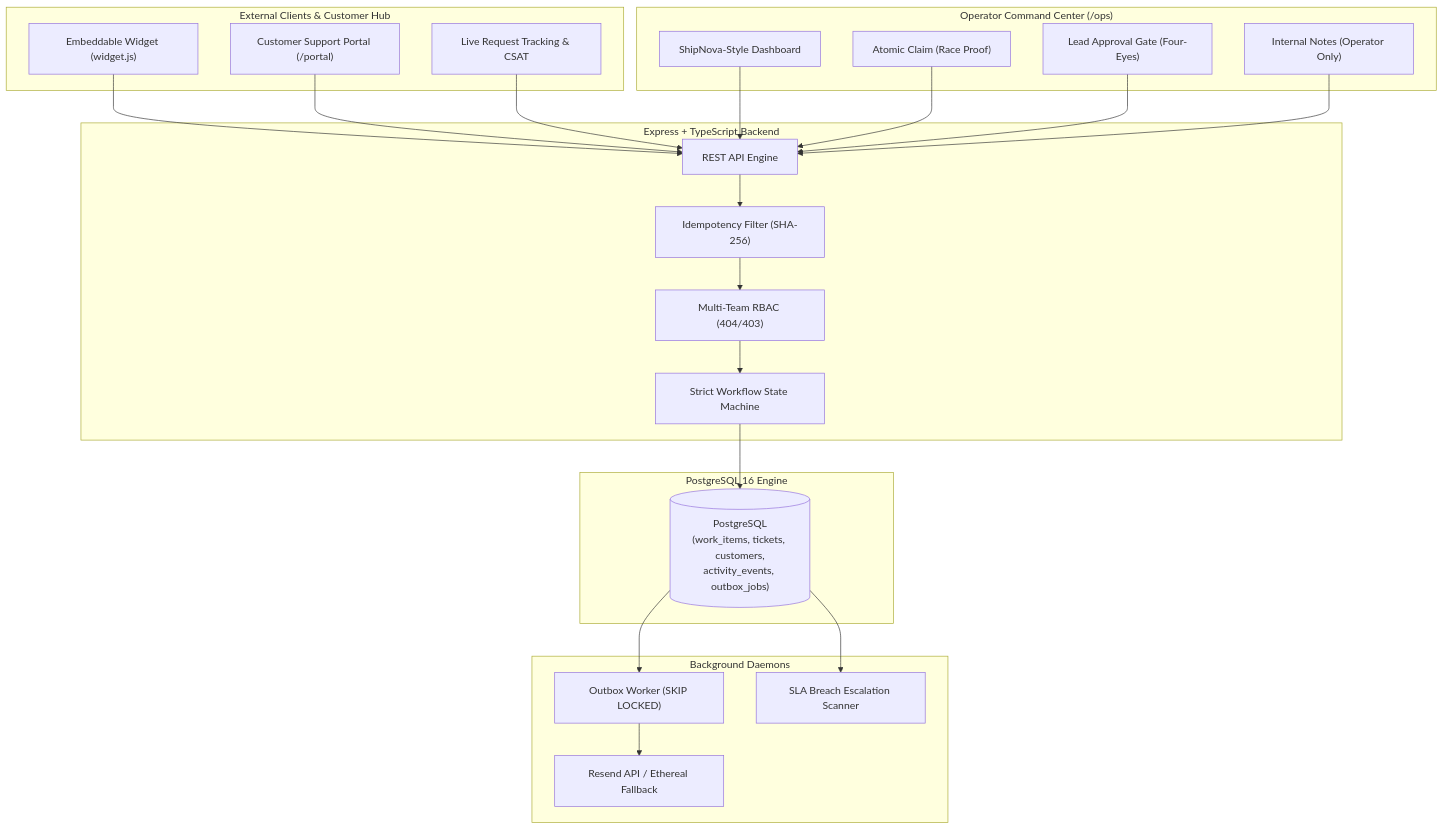
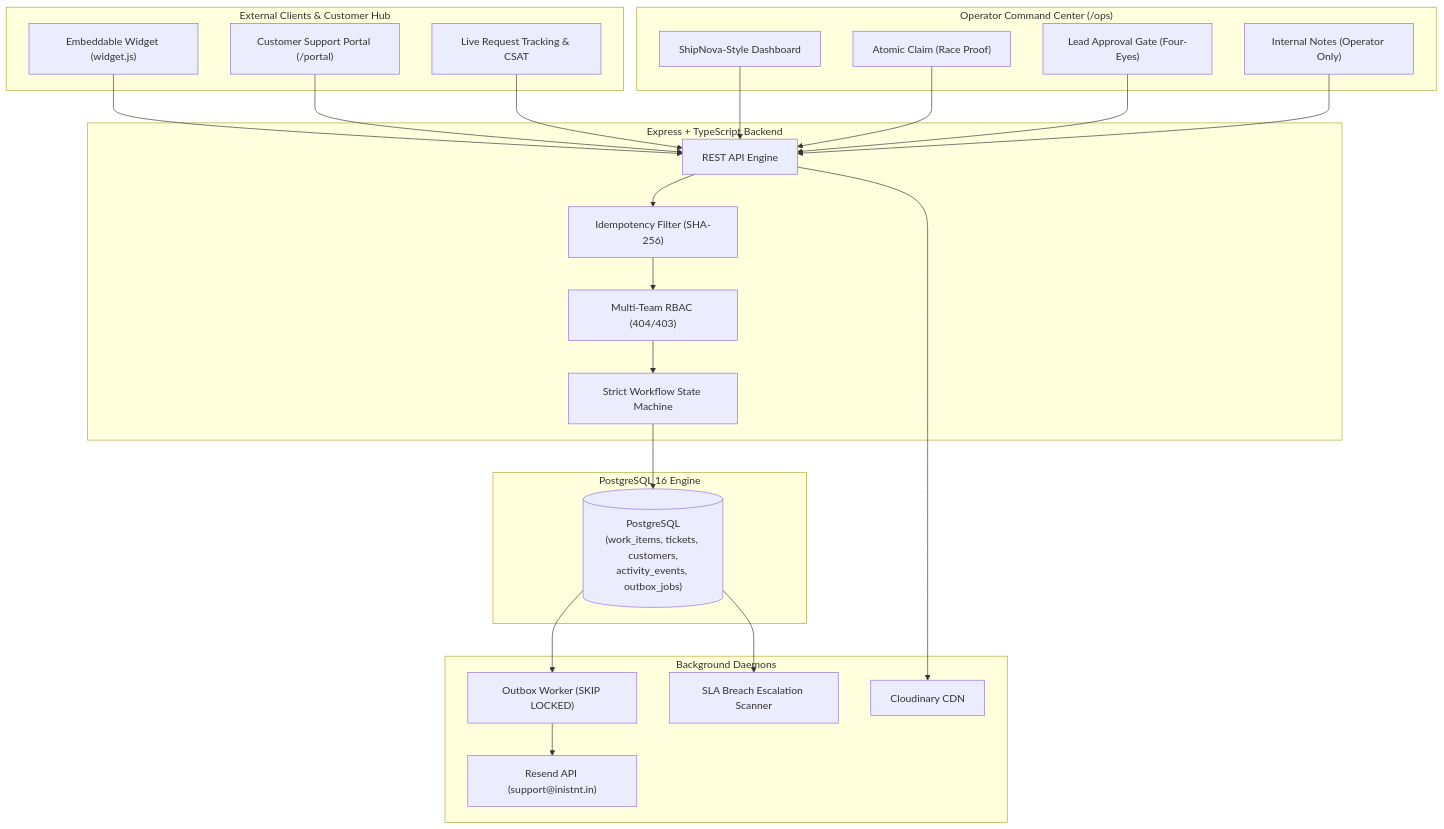
One commit to prakhar-developer/newtonite-ops-23131180345 changed the diagram in README.md. Above: the diagram before and after it, drawn with Mermaid. The commit also changed other lines of this file, not shown here.

````diff
--- a/README.md
+++ b/README.md
@@ -14,44 +28,46 @@
 ```mermaid
 flowchart TD
     subgraph External["External Clients & Customer Hub"]
         Widget["Embeddable Widget (widget.js)"]
         Portal["Customer Support Portal (/portal)"]
         Track["Live Request Tracking & CSAT"]
     end
 
     subgraph InternalOps["Operator Command Center (/ops)"]
         Dashboard["ShipNova-Style Dashboard"]
         Claim["Atomic Claim (Race Proof)"]
         Approval["Lead Approval Gate (Four-Eyes)"]
         Notes["Internal Notes (Operator Only)"]
     end
 
     subgraph CoreAPI["Express + TypeScript Backend"]
         Gateway["REST API Engine"]
         Idemp["Idempotency Filter (SHA-256)"]
         RBAC["Multi-Team RBAC (404/403)"]
         SM["Strict Workflow State Machine"]
     end
 
     subgraph DataStore["PostgreSQL 16 Engine"]
         DB[("PostgreSQL\n(work_items, tickets, customers,\nactivity_events, outbox_jobs)")]
     end
 
     subgraph Daemons["Background Daemons"]
         OutboxWorker["Outbox Worker (SKIP LOCKED)"]
         SLAWorker["SLA Breach Escalation Scanner"]
-        EmailService["Resend API / Ethereal Fallback"]
+        EmailService["Resend API (support@inistnt.in)"]
+        StorageService["Cloudinary CDN"]
     end
 
     Widget --> Gateway
     Portal --> Gateway
     Track --> Gateway
     Dashboard --> Gateway
     Claim --> Gateway
     Approval --> Gateway
     Notes --> Gateway
 
     Gateway --> Idemp --> RBAC --> SM --> DB
     DB --> OutboxWorker --> EmailService
+    Gateway --> StorageService
     DB --> SLAWorker
 ```
````
